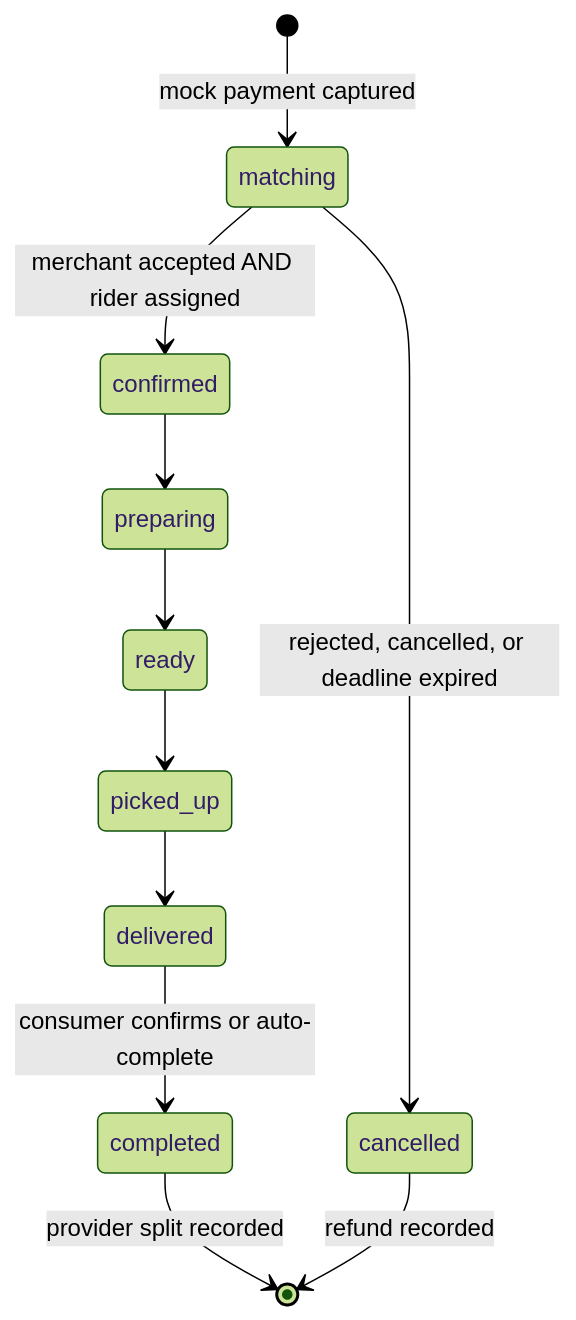
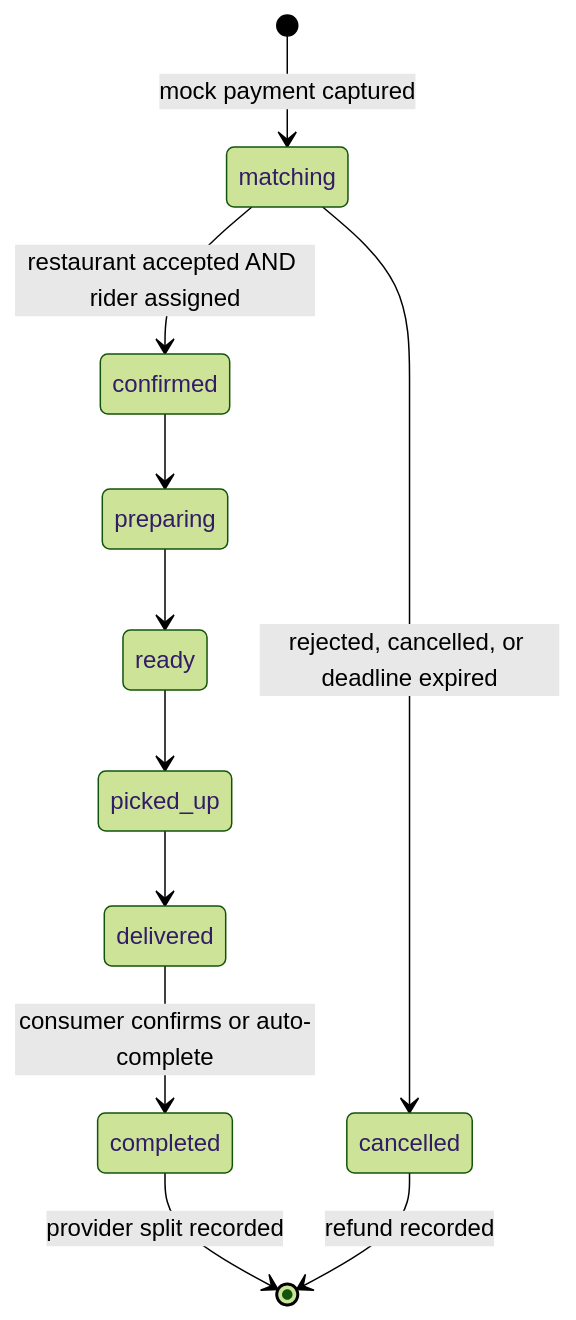
One commit to Underwater008/wejoy changed the second of 2 diagrams in README.md. Above: the diagram before and after it, drawn with Mermaid (forest theme). The commit also changed other lines of this file and 7 other files, not shown here.

````diff
--- a/README.md
+++ b/README.md
@@ -86,13 +99,13 @@
 ```mermaid
 stateDiagram-v2
   [*] --> matching: mock payment captured
-  matching --> confirmed: merchant accepted AND rider assigned
+  matching --> confirmed: restaurant accepted AND rider assigned
   matching --> cancelled: rejected, cancelled, or deadline expired
   confirmed --> preparing
   preparing --> ready
   ready --> picked_up
   picked_up --> delivered
   delivered --> completed: consumer confirms or auto-complete
   completed --> [*]: provider split recorded
   cancelled --> [*]: refund recorded
 ```
````
